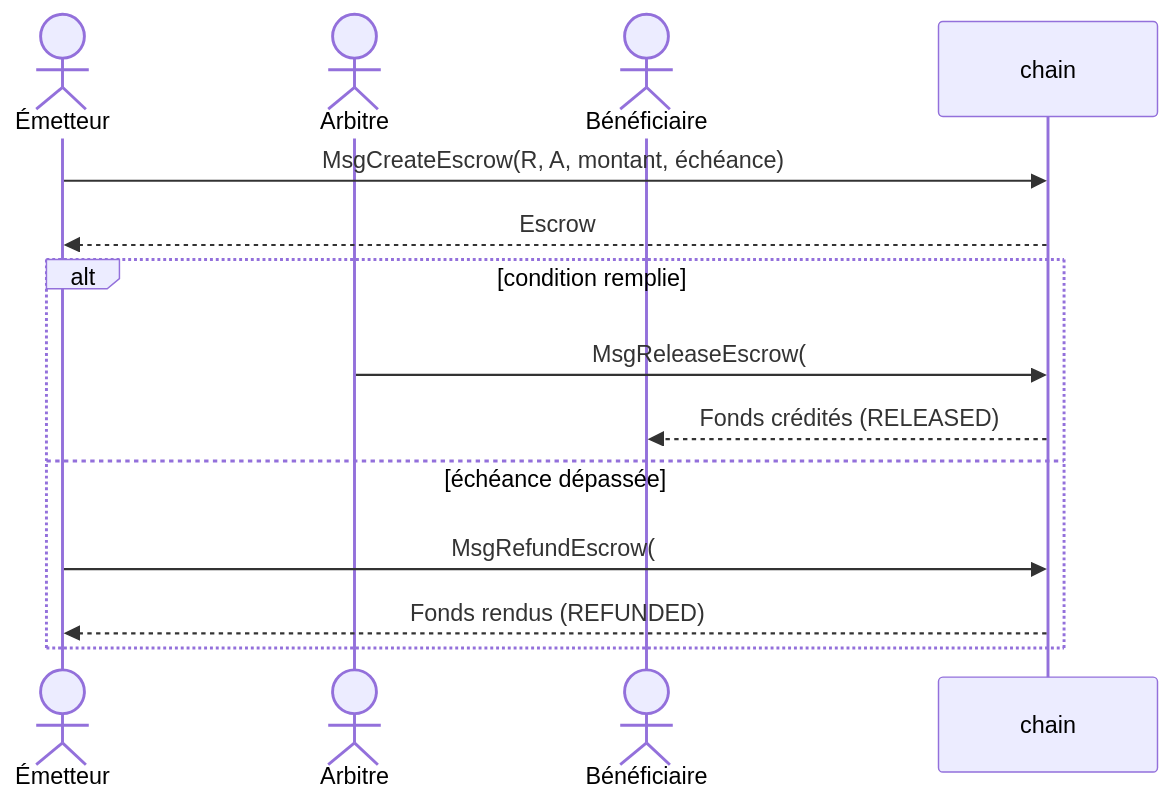
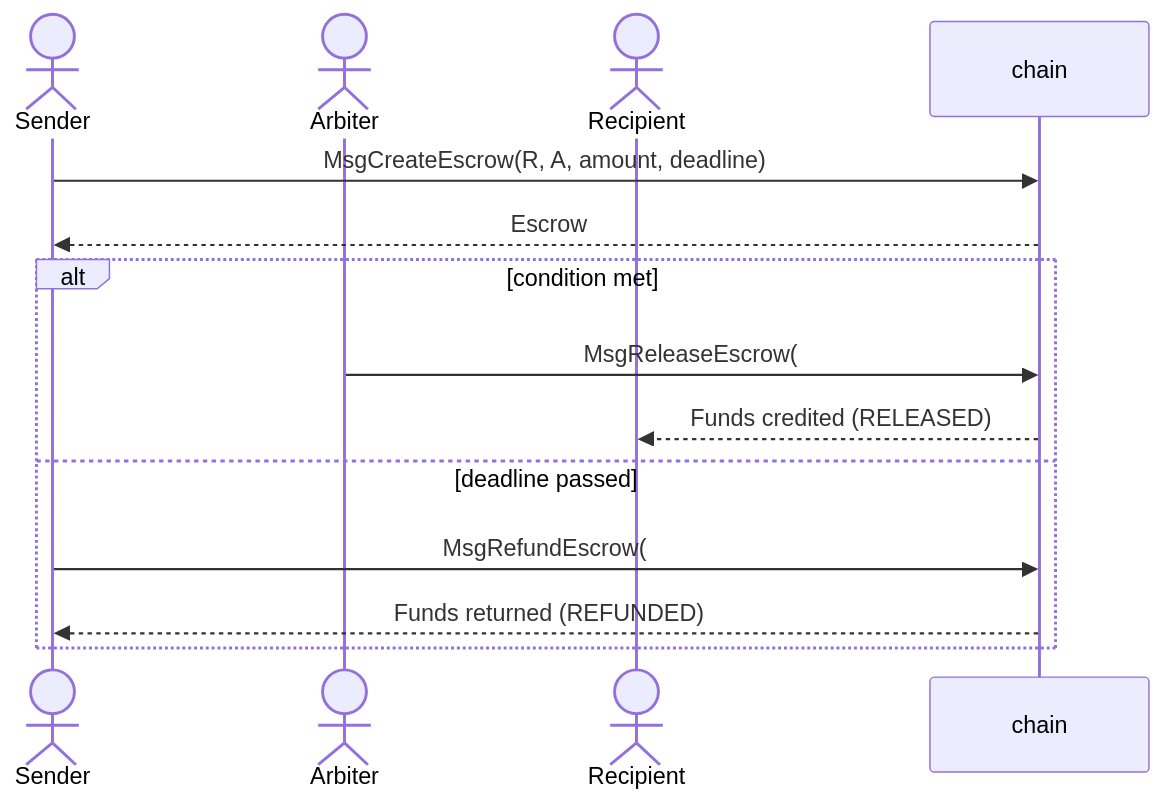
The sixth of 10 diagrams in docs/architecture/diagrams.md (joeylukoji/Aurix), drawn with Mermaid before and after one commit. The commit also changed other lines of this file and 6 other files, not shown here.

````diff
--- a/docs/architecture/diagrams.md
+++ b/docs/architecture/diagrams.md
@@ -130,16 +130,16 @@
 ```mermaid
 sequenceDiagram
-    actor S as Émetteur
-    actor A as Arbitre
-    actor R as Bénéficiaire
+    actor S as Sender
+    actor A as Arbiter
+    actor R as Recipient
     participant C as chain
-    S->>C: MsgCreateEscrow(R, A, montant, échéance)
+    S->>C: MsgCreateEscrow(R, A, amount, deadline)
     C-->>S: Escrow #id LOCKED
-    alt condition remplie
+    alt condition met
         A->>C: MsgReleaseEscrow(#id)
-        C-->>R: Fonds crédités (RELEASED)
-    else échéance dépassée
+        C-->>R: Funds credited (RELEASED)
+    else deadline passed
         S->>C: MsgRefundEscrow(#id)
-        C-->>S: Fonds rendus (REFUNDED)
+        C-->>S: Funds returned (REFUNDED)
     end
 ```
````
